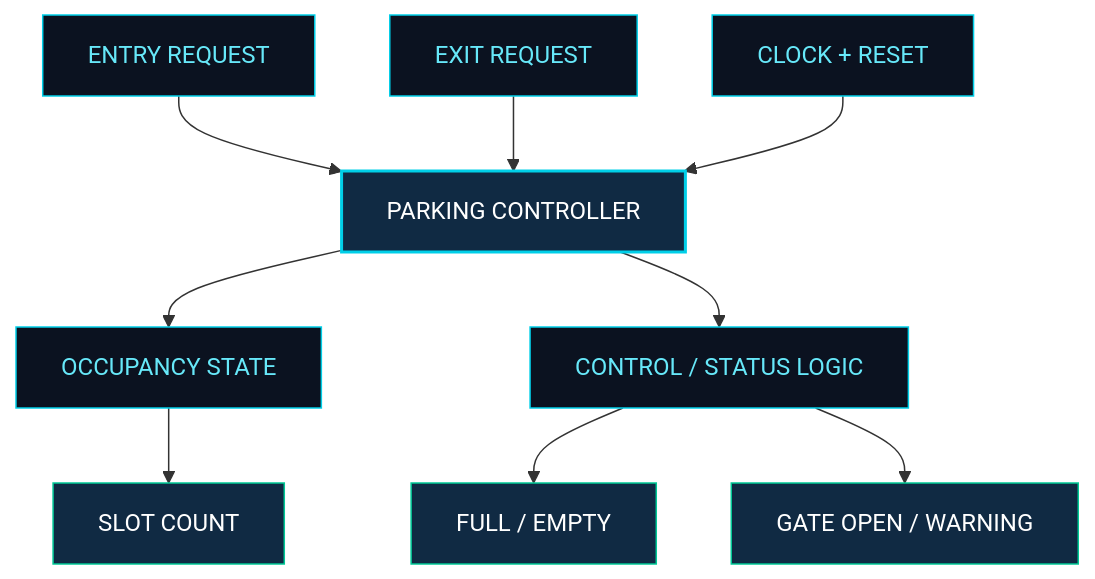
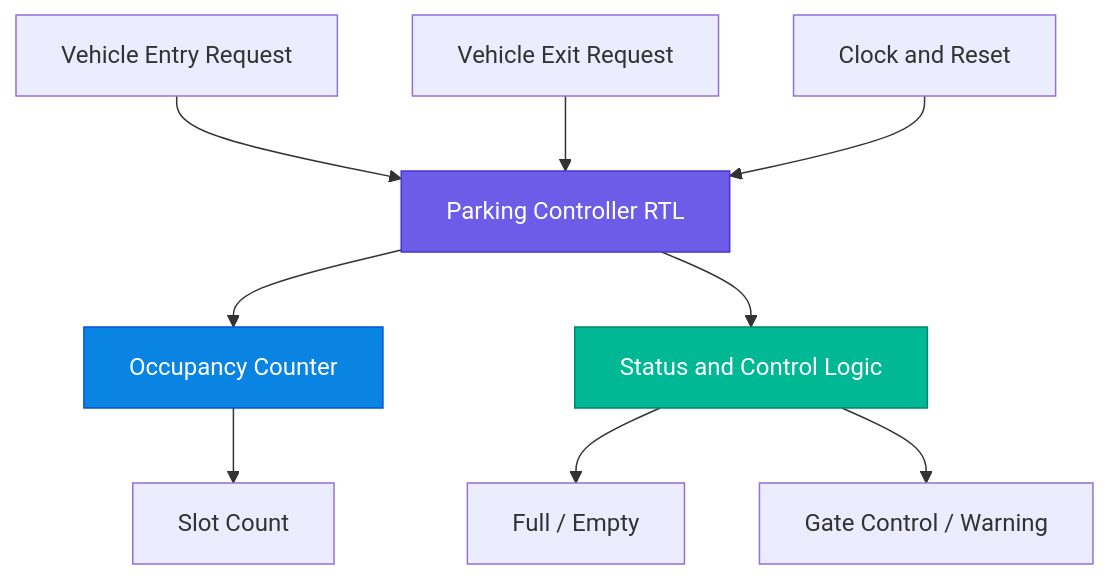
Before and after one commit to Sushmitha761/VSD_RTL-Design-Workshop1: the first of 2 diagrams in Four-Slot-Smart-Parking-ASIC/README.md, drawn with Mermaid. The commit also changed other lines of this file, not shown here.

````diff
--- a/Four-Slot-Smart-Parking-ASIC/README.md
+++ b/Four-Slot-Smart-Parking-ASIC/README.md
@@ -53,21 +47,14 @@
 ```mermaid
 flowchart TD
-    A["ENTRY REQUEST"] --> D["PARKING CONTROLLER"]
-    B["EXIT REQUEST"] --> D
-    C["CLOCK + RESET"] --> D
-    D --> E["OCCUPANCY STATE"]
-    D --> F["CONTROL / STATUS LOGIC"]
-    E --> G["SLOT COUNT"]
-    F --> H["FULL / EMPTY"]
-    F --> I["GATE OPEN / WARNING"]
-
-    style A fill:#0B1220,color:#67E8F9,stroke:#00CFE8
-    style B fill:#0B1220,color:#67E8F9,stroke:#00CFE8
-    style C fill:#0B1220,color:#67E8F9,stroke:#00CFE8
-    style D fill:#102A43,color:#FFFFFF,stroke:#00CFE8,stroke-width:2px
-    style E fill:#0B1220,color:#67E8F9,stroke:#00CFE8
-    style F fill:#0B1220,color:#67E8F9,stroke:#00CFE8
-    style G fill:#102A43,color:#FFFFFF,stroke:#00C896
-    style H fill:#102A43,color:#FFFFFF,stroke:#00C896
-    style I fill:#102A43,color:#FFFFFF,stroke:#00C896
+    A["Vehicle Entry Request"] --> D["Parking Controller RTL"]
+    B["Vehicle Exit Request"] --> D
+    C["Clock and Reset"] --> D
+    D --> E["Occupancy Counter"]
+    D --> F["Status and Control Logic"]
+    E --> G["Slot Count"]
+    F --> H["Full / Empty"]
+    F --> I["Gate Control / Warning"]
+    style D fill:#6C5CE7,color:#FFFFFF,stroke:#4834D4
+    style E fill:#0984E3,color:#FFFFFF,stroke:#0652DD
+    style F fill:#00B894,color:#FFFFFF,stroke:#00896A
 ```
````
